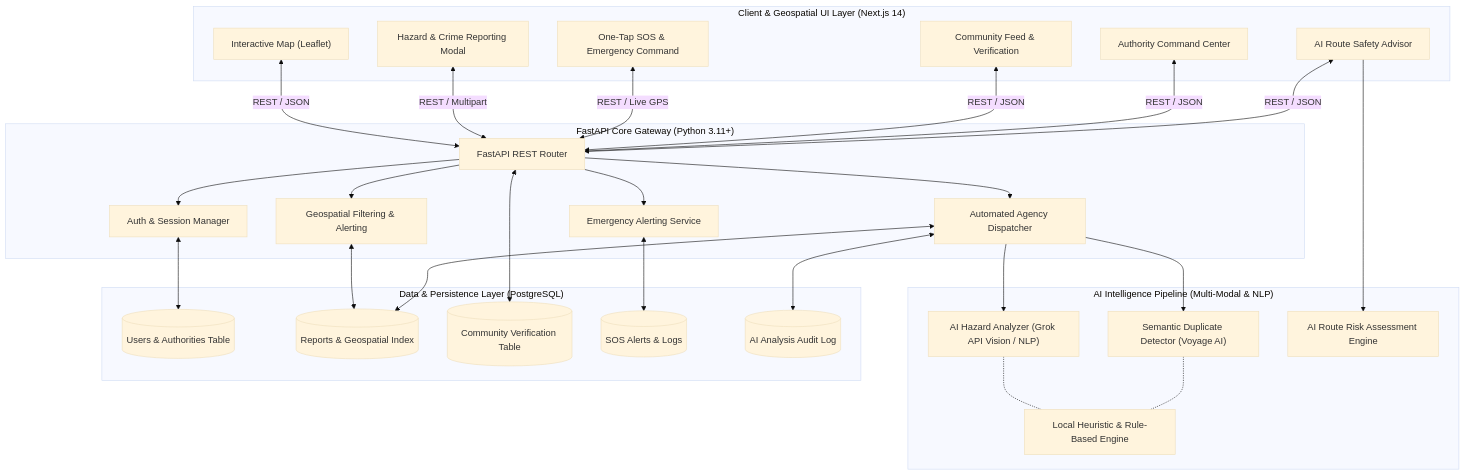
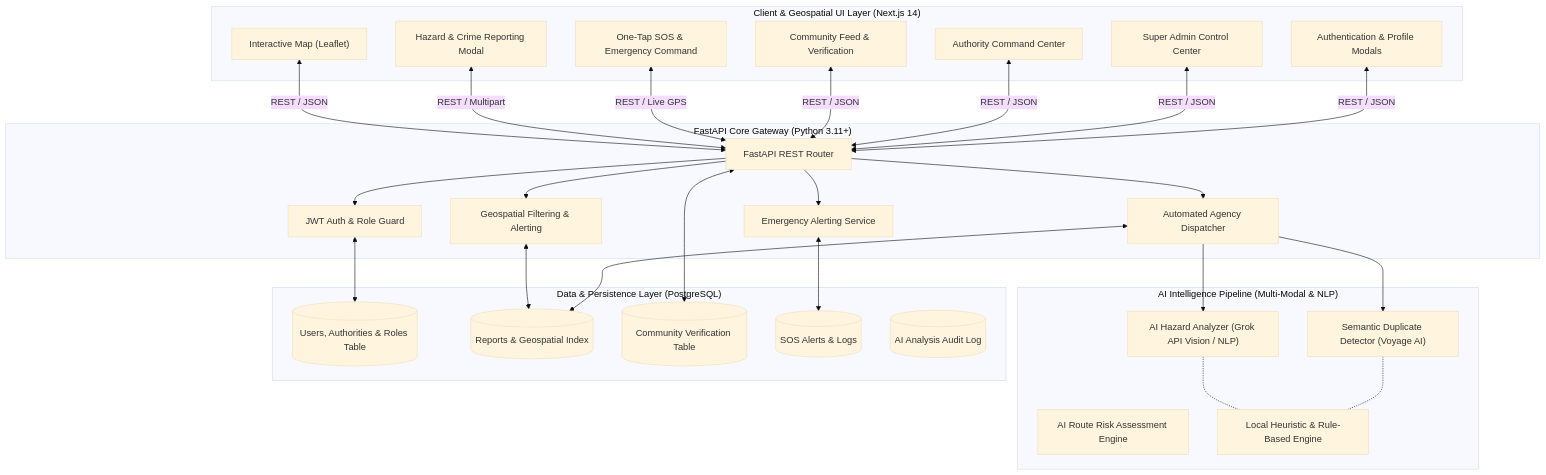
The diagram in docs/SYSTEM_ARCHITECTURE.md (meherabhossainmmh-lang/Trojan_Horse), drawn with Mermaid (base theme) before and after one commit. The commit also changed other lines of this file and 84 other files, not shown here.

````diff
--- a/docs/SYSTEM_ARCHITECTURE.md
+++ b/docs/SYSTEM_ARCHITECTURE.md
@@ -14,59 +15,59 @@
 ```mermaid
 graph TD
     subgraph ClientLayer ["Client & Geospatial UI Layer (Next.js 14)"]
         UI_Map["Interactive Map (Leaflet)"]
         UI_Report["Hazard & Crime Reporting Modal"]
         UI_SOS["One-Tap SOS & Emergency Command"]
         UI_Verify["Community Feed & Verification"]
         UI_Admin["Authority Command Center"]
-        UI_Advisor["AI Route Safety Advisor"]
+        UI_Super["Super Admin Control Center"]
+        UI_Auth["Authentication & Profile Modals"]
     end
 
     subgraph APILayer ["FastAPI Core Gateway (Python 3.11+)"]
         API_Router["FastAPI REST Router"]
-        Auth_Service["Auth & Session Manager"]
+        Auth_Service["JWT Auth & Role Guard"]
         Geo_Service["Geospatial Filtering & Alerting"]
         Route_Service["Automated Agency Dispatcher"]
         SOS_Service["Emergency Alerting Service"]
     end
 
     subgraph AILayer ["AI Intelligence Pipeline (Multi-Modal & NLP)"]
         AI_Vision["AI Hazard Analyzer (Grok API Vision / NLP)"]
         AI_Embed["Semantic Duplicate Detector (Voyage AI)"]
         AI_Risk["AI Route Risk Assessment Engine"]
         AI_Fallback["Local Heuristic & Rule-Based Engine"]
     end
 
     subgraph DataLayer ["Data & Persistence Layer (PostgreSQL)"]
-        DB_Users[(Users & Authorities Table)]
+        DB_Users[(Users, Authorities & Roles Table)]
         DB_Reports[(Reports & Geospatial Index)]
         DB_Verifications[(Community Verification Table)]
         DB_SOS[(SOS Alerts & Logs)]
         DB_AI[(AI Analysis Audit Log)]
     end
 
     UI_Map <-->|REST / JSON| API_Router
     UI_Report <-->|REST / Multipart| API_Router
     UI_SOS <-->|REST / Live GPS| API_Router
     UI_Verify <-->|REST / JSON| API_Router
     UI_Admin <-->|REST / JSON| API_Router
-    UI_Advisor <-->|REST / JSON| API_Router
+    UI_Super <-->|REST / JSON| API_Router
+    UI_Auth <-->|REST / JSON| API_Router
 
     API_Router --> Auth_Service
     API_Router --> Geo_Service
     API_Router --> Route_Service
     API_Router --> SOS_Service
 
     Route_Service --> AI_Vision
     Route_Service --> AI_Embed
-    UI_Advisor --> AI_Risk
     AI_Vision -.- AI_Fallback
     AI_Embed -.- AI_Fallback
 
     Geo_Service <--> DB_Reports
     Route_Service <--> DB_Reports
-    Route_Service <--> DB_AI
     SOS_Service <--> DB_SOS
     Auth_Service <--> DB_Users
     API_Router <--> DB_Verifications
 ```
````
